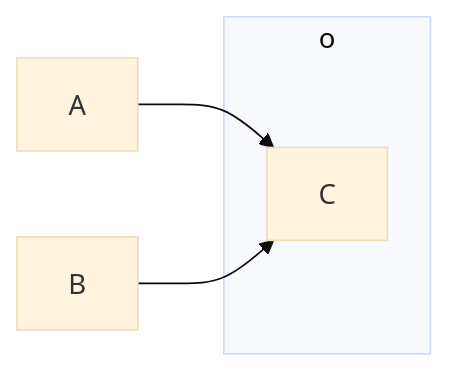
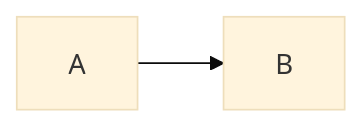
One commit to ViperousSoft/ltk-ruleset changed the diagram in docs/ruleset/a.md. Above: the diagram before and after it, drawn with Mermaid (base theme).

````diff
--- a/docs/ruleset/a.md
+++ b/docs/ruleset/a.md
@@ -5,10 +5,4 @@
 ``` mermaid
 flowchart LR
-    A
-    B
-    subgraph o
-    C
-    end
-    A-->C
-    B-->C
+    A --> B
 ```
````
